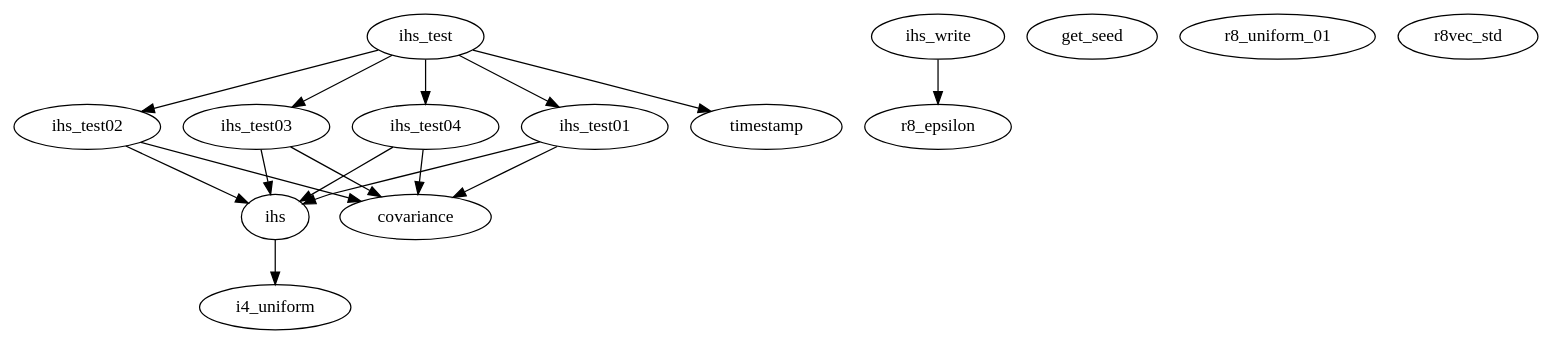
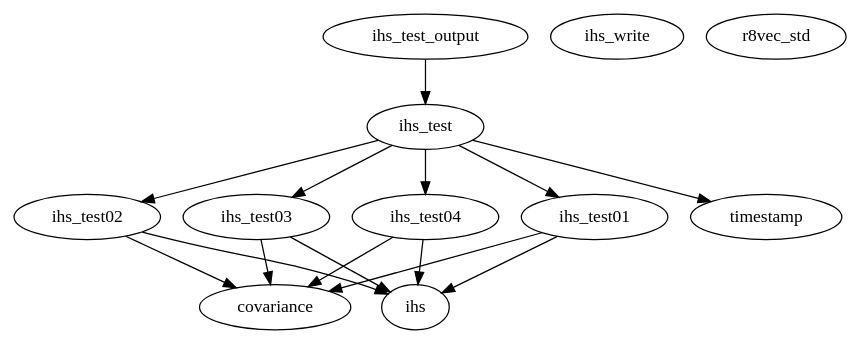
Before and after one commit to luclaurent/MultiDOE: the diagram in doc/MultiDOE/src/libs/IHS/graph.dot, drawn with Graphviz. The commit also changed 68 other files, not shown here.

```diff
--- a/doc/MultiDOE/src/libs/IHS/graph.dot
+++ b/doc/MultiDOE/src/libs/IHS/graph.dot
@@ -1,33 +1,29 @@
 /* Created by mdot for Matlab */
 digraph m2html {
-  ihs -> i4_uniform;
   ihs_test -> ihs_test01;
   ihs_test -> ihs_test02;
   ihs_test -> ihs_test03;
   ihs_test -> ihs_test04;
   ihs_test -> timestamp;
   ihs_test01 -> covariance;
   ihs_test01 -> ihs;
   ihs_test02 -> covariance;
   ihs_test02 -> ihs;
   ihs_test03 -> covariance;
   ihs_test03 -> ihs;
   ihs_test04 -> covariance;
   ihs_test04 -> ihs;
-  ihs_write -> r8_epsilon;
+  ihs_test_output -> ihs_test;
 
   covariance [URL="covariance.html"];
-  get_seed [URL="get_seed.html"];
-  i4_uniform [URL="i4_uniform.html"];
   ihs [URL="ihs.html"];
   ihs_test [URL="ihs_test.html"];
   ihs_test01 [URL="ihs_test01.html"];
   ihs_test02 [URL="ihs_test02.html"];
   ihs_test03 [URL="ihs_test03.html"];
   ihs_test04 [URL="ihs_test04.html"];
+  ihs_test_output [URL="ihs_test_output.html"];
   ihs_write [URL="ihs_write.html"];
-  r8_epsilon [URL="r8_epsilon.html"];
-  r8_uniform_01 [URL="r8_uniform_01.html"];
   r8vec_std [URL="r8vec_std.html"];
   timestamp [URL="timestamp.html"];
 }
```
